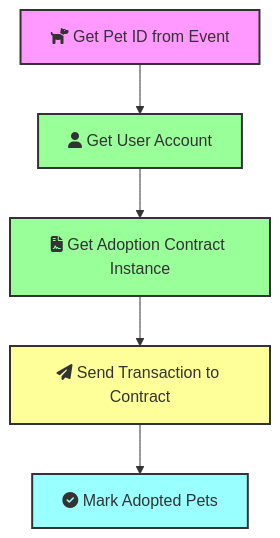
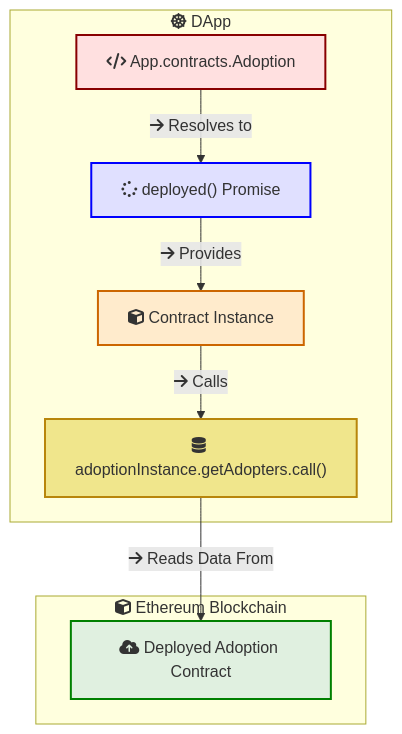
Before and after one commit to kelvin-bz/blog: the sixth of 6 diagrams in _posts/2024-07-09-truffle-pet-shop-interface.md, drawn with Mermaid. The commit also changed other lines of this file, not shown here.

````diff
--- a/_posts/2024-07-09-truffle-pet-shop-interface.md
+++ b/_posts/2024-07-09-truffle-pet-shop-interface.md
@@ -186,19 +256,26 @@
 ```mermaid
 graph TD
-    getPetId["fa:fa-dog Get Pet ID from Event"]:::action
-    getAccount["fa:fa-user Get User Account"]:::account
-    fetchContract["fa:fa-file-contract Get Adoption Contract Instance"]:::account
-    sendTransaction["fa:fa-paper-plane Send Transaction to Contract"]:::transaction
-    markAdopted["fa:fa-check-circle Mark Adopted Pets"]:::ui
 
-    getPetId --> getAccount
-    getAccount --> fetchContract
-    fetchContract --> sendTransaction
-    sendTransaction --> markAdopted
+subgraph DApp["fa:fa-dharmachakra DApp"]
+  appContractsAdoption["fa:fa-code App.contracts.Adoption"]:::dapp
+  deployedPromise["fa:fa-spinner deployed() Promise"]:::promise
+  adoptionInstance["fa:fa-cube Contract Instance"]:::instance
+  callGetAdoptersFunction["fa:fa-database adoptionInstance.getAdopters.call()"]:::read
+end
 
-    classDef action fill:#f9f,stroke:#333,stroke-width:2px;
-    classDef account fill:#9f9,stroke:#333,stroke-width:2px;
-    classDef transaction fill:#ff9,stroke:#333,stroke-width:2px;
-    classDef ui fill:#9ff,stroke:#333,stroke-width:2px;
+subgraph Blockchain["fa:fa-cube Ethereum Blockchain"]
+  deployedAdoptionContract["fa:fa-cloud-upload Deployed Adoption Contract"]:::contract
+end
+
+appContractsAdoption --> |"fa:fa-arrow-right Resolves to"| deployedPromise
+deployedPromise --> |"fa:fa-arrow-right Provides"| adoptionInstance
+adoptionInstance --> |"fa:fa-arrow-right Calls"| callGetAdoptersFunction
+callGetAdoptersFunction --> |"fa:fa-arrow-right Reads Data From"| deployedAdoptionContract
+
+classDef dapp fill:#ffe0e0,stroke:#800,stroke-width:2px;
+classDef promise fill:#e0e0ff,stroke:#0000ff,stroke-width:2px;
+classDef instance fill:#ffebcc,stroke:#cc6600,stroke-width:2px;
+classDef read fill:#f0e68c,stroke:#b8860b,stroke-width:2px;
+classDef contract fill:#e0f0e0,stroke:#008000,stroke-width:2px;
 
 ```
````
